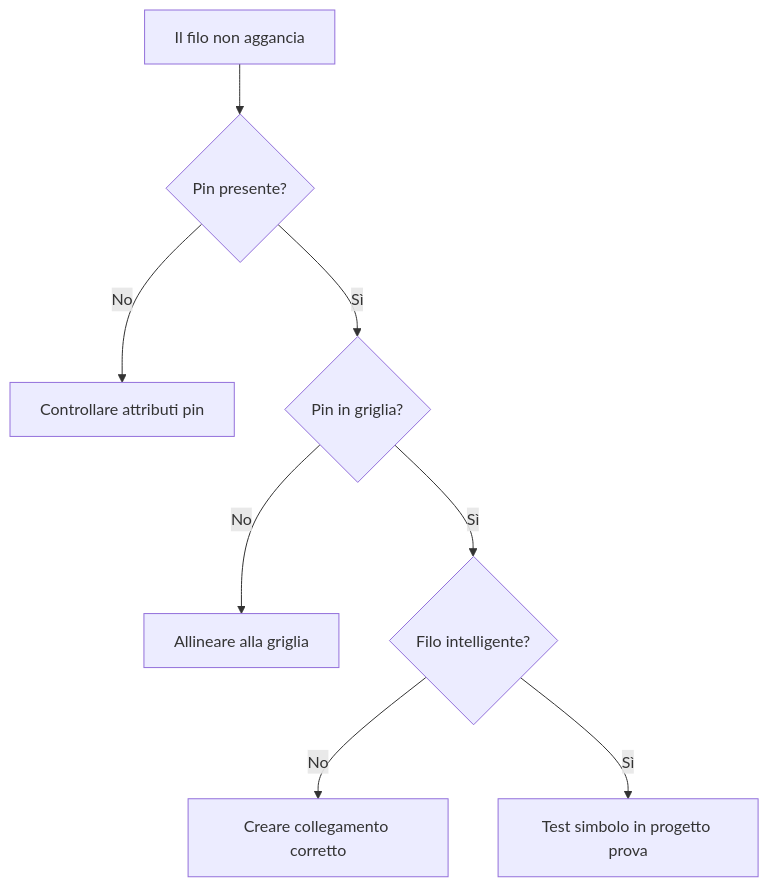
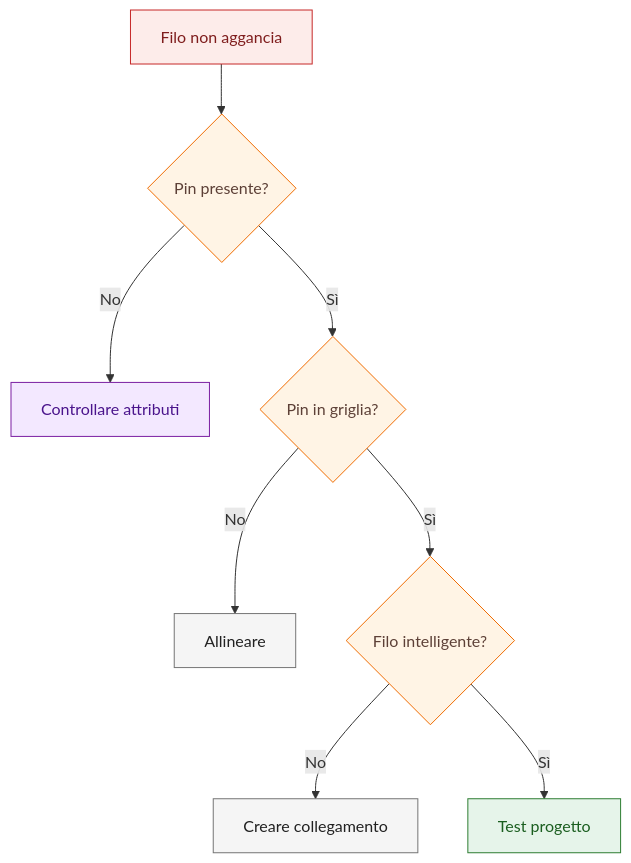
The diagram in docs/playbooks/diagnose-pin-not-snapping.md (robertochello/spac-start-knowledge-base), drawn with Mermaid before and after one commit. The commit also changed 27 other files, not shown here.

Commit message:
docs: standardize diagrams and visual cues

````diff
--- a/docs/playbooks/diagnose-pin-not-snapping.md
+++ b/docs/playbooks/diagnose-pin-not-snapping.md
@@ -16,10 +16,16 @@
 ```mermaid
 flowchart TD
-    A[Il filo non aggancia] --> B{Pin presente?}
-    B -->|No| C[Controllare attributi pin]
-    B -->|Sì| D{Pin in griglia?}
-    D -->|No| E[Allineare alla griglia]
-    D -->|Sì| F{Filo intelligente?}
-    F -->|No| G[Creare collegamento corretto]
-    F -->|Sì| H[Test simbolo in progetto prova]
+    A[Filo non aggancia]:::danger --> B{Pin presente?}:::warn
+    B -->|No| C[Controllare attributi]:::todo
+    B -->|Sì| D{Pin in griglia?}:::warn
+    D -->|No| E[Allineare]:::process
+    D -->|Sì| F{Filo intelligente?}:::warn
+    F -->|No| G[Creare collegamento]:::process
+    F -->|Sì| H[Test progetto]:::ok
+
+    classDef ok fill:#e6f4ea,stroke:#2e7d32,color:#1b5e20;
+    classDef warn fill:#fff4e5,stroke:#ef6c00,color:#5d4037;
+    classDef danger fill:#fdecea,stroke:#c62828,color:#7f1d1d;
+    classDef todo fill:#f3e8ff,stroke:#7b1fa2,color:#4a148c;
+    classDef process fill:#f5f5f5,stroke:#757575,color:#212121;
 ```
````
